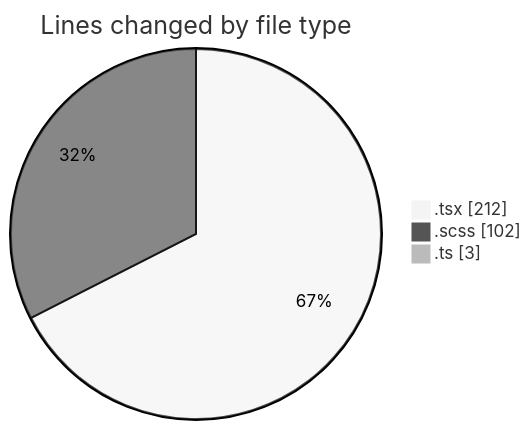
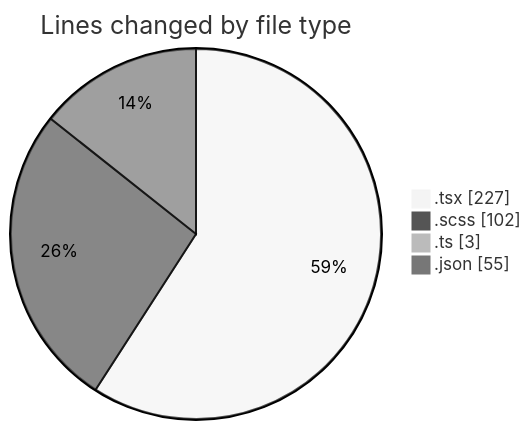
The first of 2 diagrams in 2026-10-30/cda/README.md (momahboobian/code-tracking), drawn with Mermaid (neutral theme) before and after one commit. The commit also changed other lines of this file and 1 other file, not shown here.

````diff
--- a/2026-10-30/cda/README.md
+++ b/2026-10-30/cda/README.md
@@ -24,7 +25,8 @@
 ```mermaid
 pie showData
 title Lines changed by file type
-".tsx" : 212
+".tsx" : 227
 ".scss" : 102
 ".ts" : 3
+".json" : 55
 ```
````
